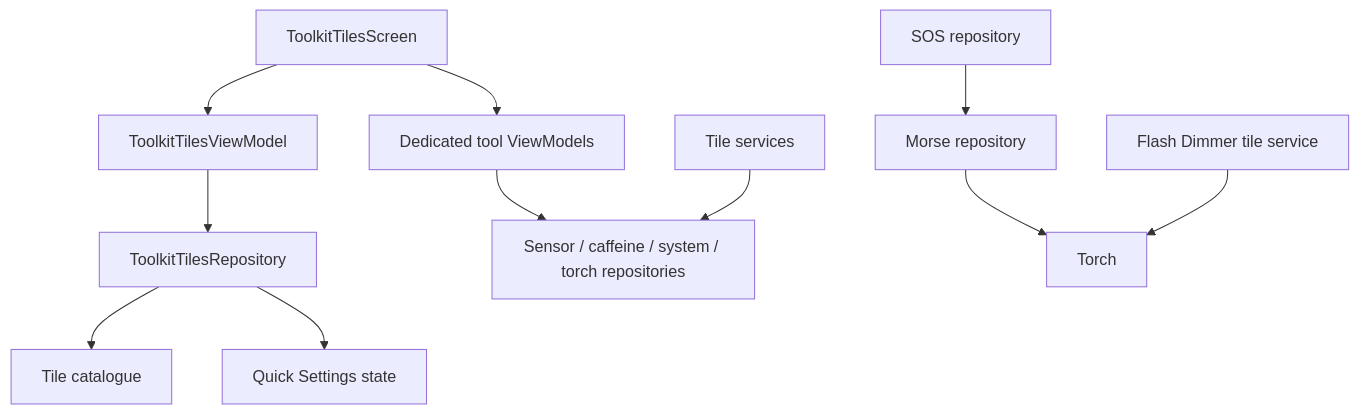
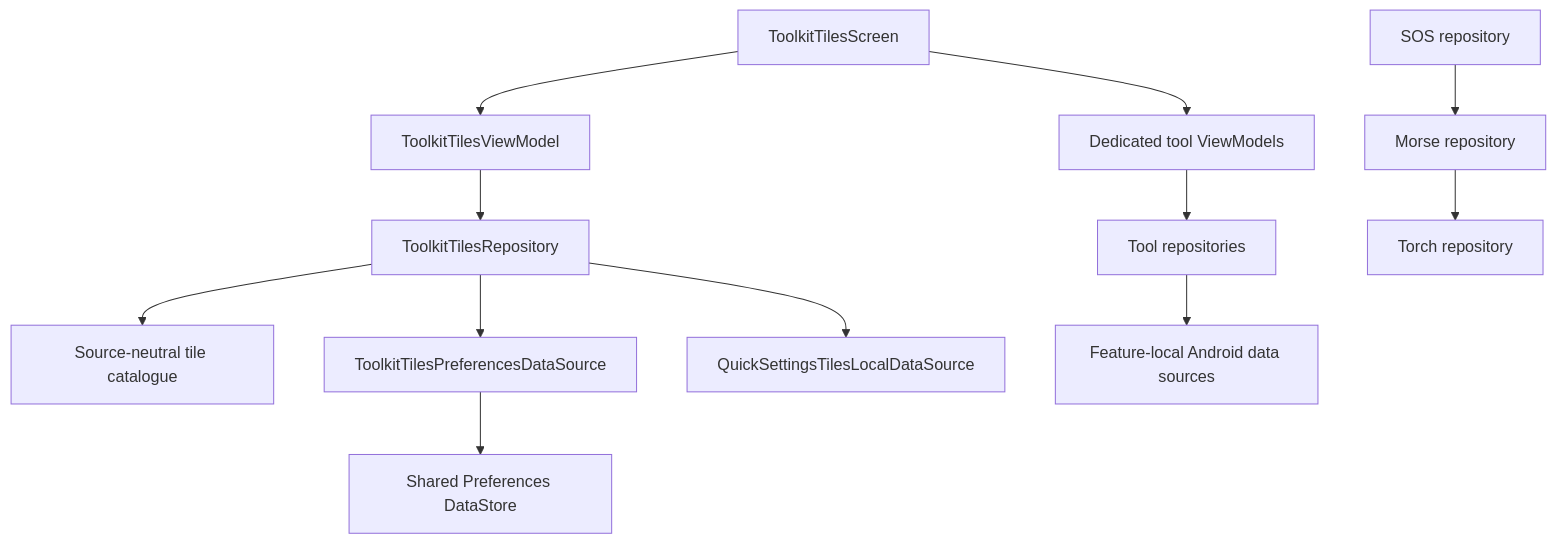
One commit to MihaiCristianCondrea/App-Toolkit-for-Android changed the diagram in sample/feature/tiles/README.md. Above: the diagram before and after it, drawn with Mermaid. The commit also changed other lines of this file and 66 other files, not shown here.

Commit message:
updated the app toolkit quick tools architecture to follow googe's best practices and made the quick tools tab expansions list to be persistent

````diff
--- a/sample/feature/tiles/README.md
+++ b/sample/feature/tiles/README.md
@@ -38,13 +37,14 @@
 ```mermaid
 flowchart TD
     Screen[ToolkitTilesScreen] --> VM[ToolkitTilesViewModel]
     VM --> Tiles[ToolkitTilesRepository]
-    Tiles --> Catalogue[Tile catalogue]
-    Tiles --> QS[Quick Settings state]
-    ToolVMs[Dedicated tool ViewModels] --> Platform[Sensor / caffeine / system / torch repositories]
+    Tiles --> Catalogue[Source-neutral tile catalogue]
+    Tiles --> Preferences[ToolkitTilesPreferencesDataSource]
+    Preferences --> Store[Shared Preferences DataStore]
+    Tiles --> QS[QuickSettingsTilesLocalDataSource]
+    ToolVMs[Dedicated tool ViewModels] --> Repositories[Tool repositories]
+    Repositories --> Platform[Feature-local Android data sources]
     Screen --> ToolVMs
     Sos[SOS repository] --> Morse[Morse repository]
-    Morse --> Torch
-    Dimmer[Flash Dimmer tile service] --> Torch
-    Services[Tile services] --> Platform
+    Morse --> Torch[Torch repository]
 ```
````
